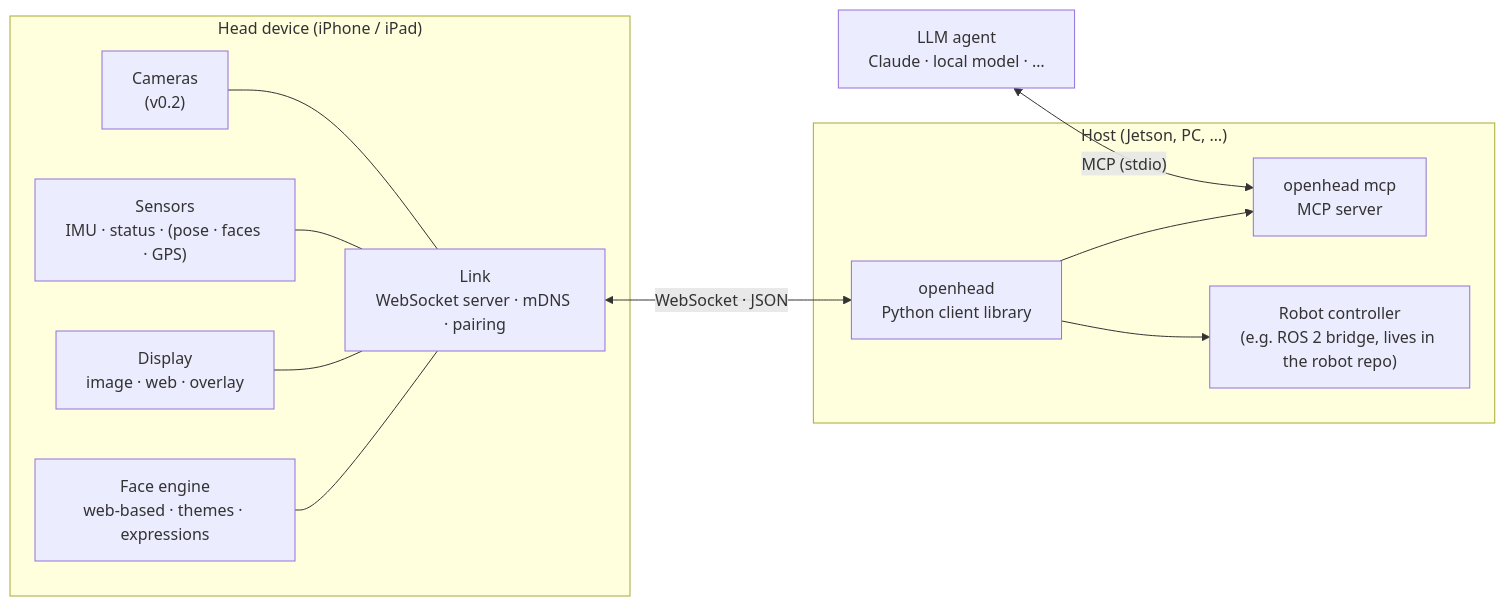
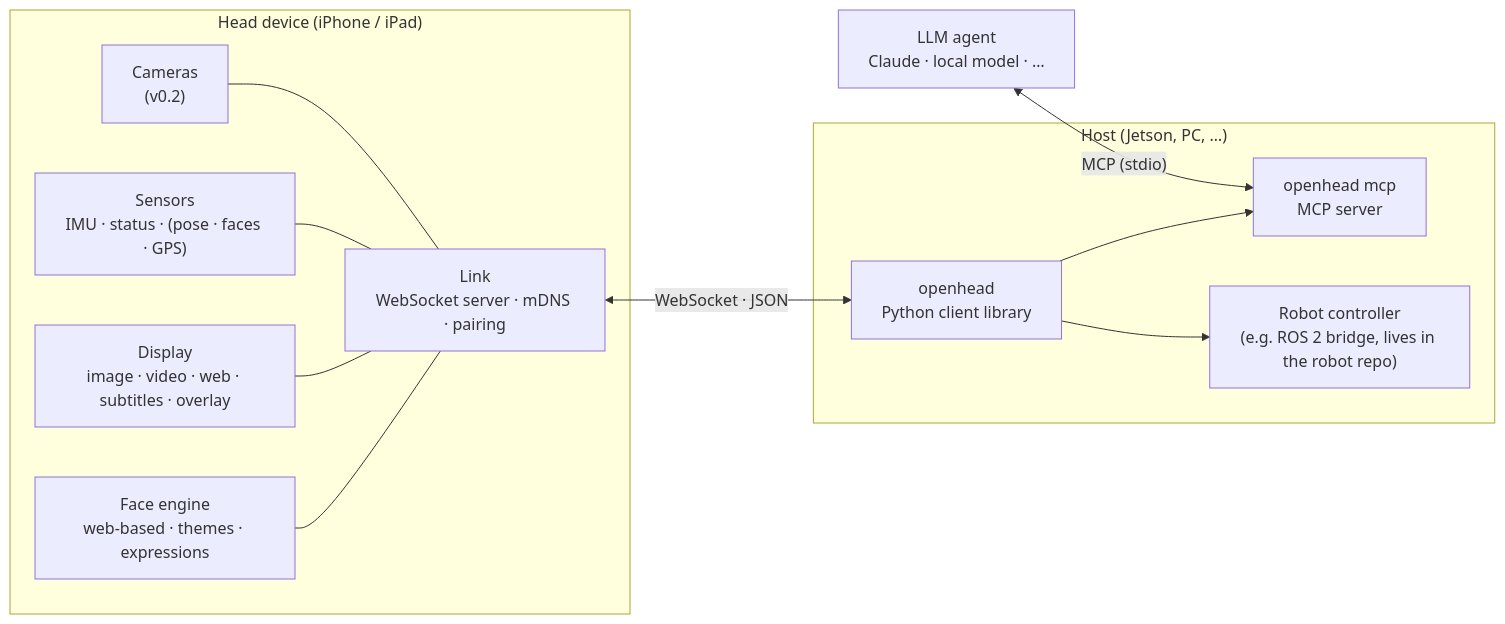
Before and after one commit to PatrikBichis/openhead: the first of 4 diagrams in README.md, drawn with Mermaid. The commit also changed other lines of this file and 11 other files, not shown here.

First line of the commit message:
ios: images, video and subtitles through the face's web layer

````diff
--- a/README.md
+++ b/README.md
@@ -34,27 +34,27 @@
 ```mermaid
 flowchart LR
     subgraph Device["Head device (iPhone / iPad)"]
         Face["Face engine<br/>web-based · themes · expressions"]
-        Display["Display<br/>image · web · overlay"]
+        Display["Display<br/>image · video · web · subtitles · overlay"]
         Sensors["Sensors<br/>IMU · status · (pose · faces · GPS)"]
         Cam["Cameras<br/>(v0.2)"]
         Link["Link<br/>WebSocket server · mDNS · pairing"]
         Face --- Link
         Display --- Link
         Sensors --- Link
         Cam --- Link
     end
 
     subgraph Host["Host (Jetson, PC, …)"]
         Py["openhead<br/>Python client library"]
         MCP["openhead mcp<br/>MCP server"]
         ROS["Robot controller<br/>(e.g. ROS 2 bridge, lives in the robot repo)"]
         Py --> MCP
         Py --> ROS
     end
 
     Agent["LLM agent<br/>Claude · local model · …"]
 
     Link <-- "WebSocket · JSON" --> Py
     Agent <-- "MCP (stdio)" --> MCP
 ```
````
